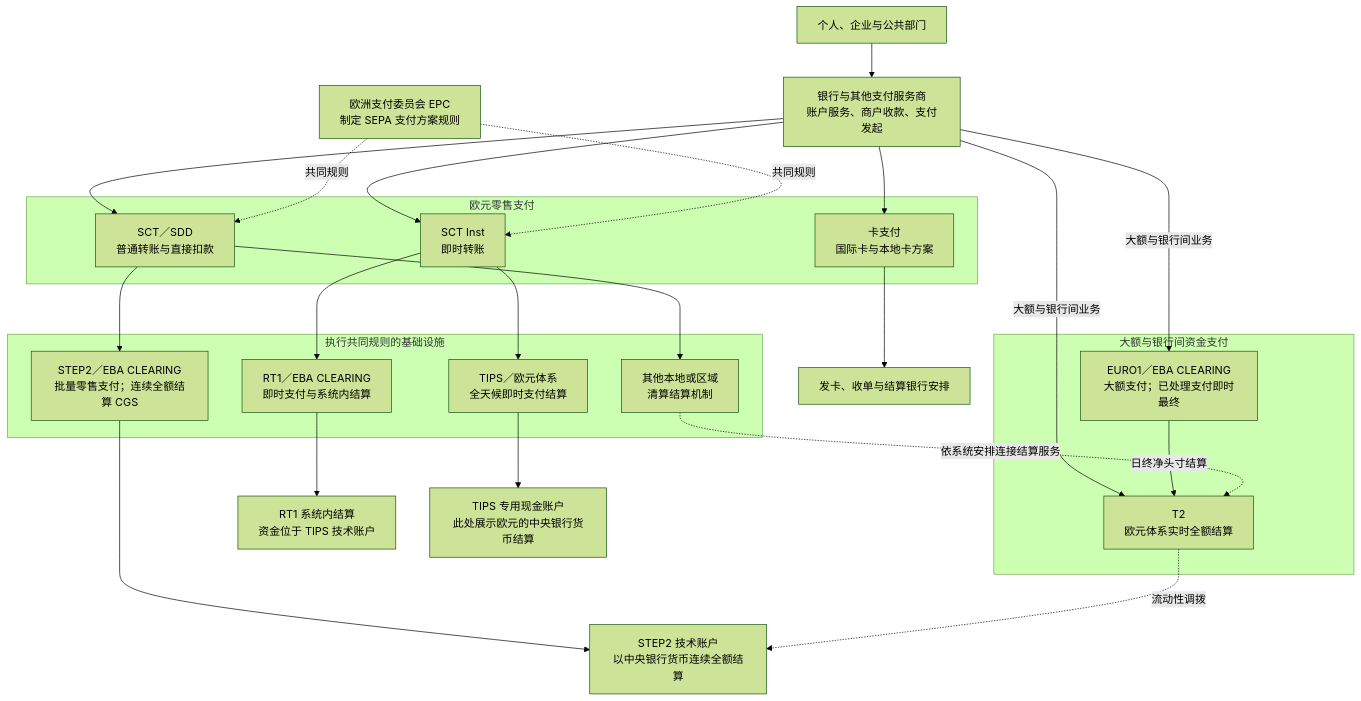
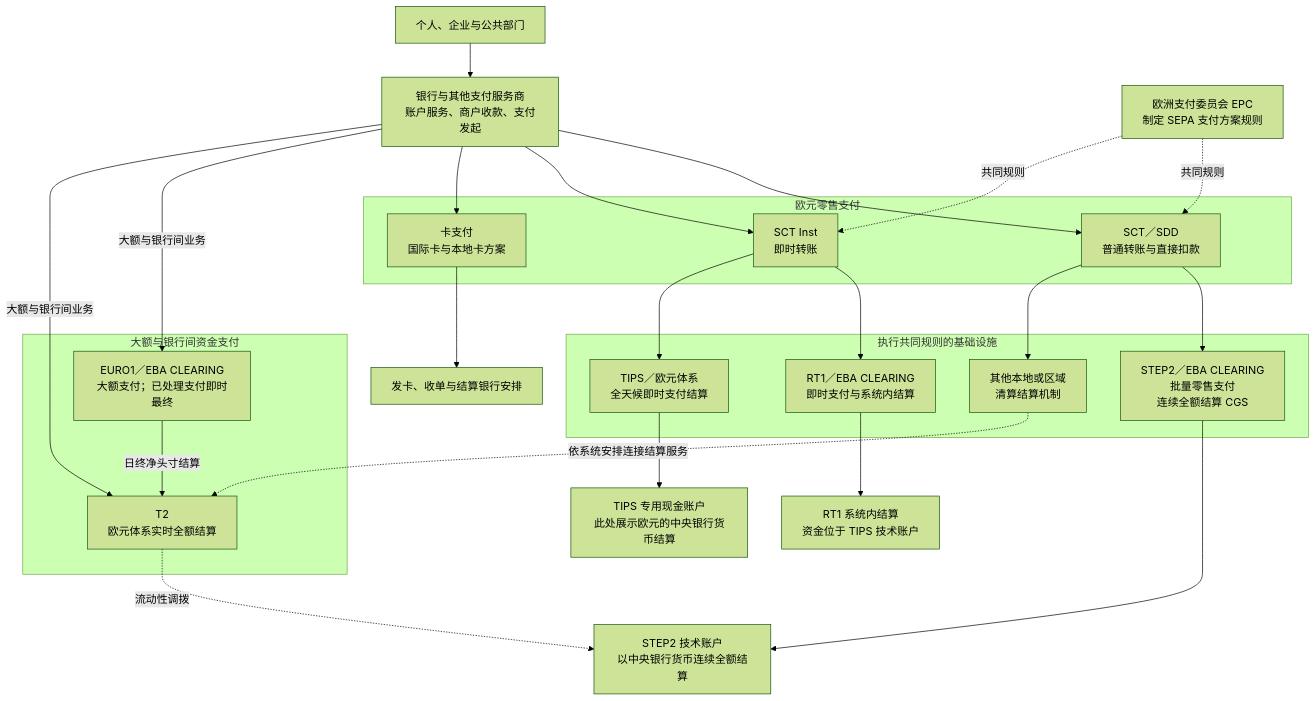
One commit to WCY-dt/blog changed diagram 11 of 29 in _posts/2026-09-05-交易模型.md. Above: the diagram before and after it, drawn with Mermaid (forest theme). The commit also changed other lines of this file, not shown here.

````diff
--- a/_posts/2026-09-05-交易模型.md
+++ b/_posts/2026-09-05-交易模型.md
@@ -912,49 +1017,49 @@
 ```mermaid
 flowchart TB
     U["个人、企业与公共部门"]
     PSP["银行与其他支付服务商<br/>账户服务、商户收款、支付发起"]
     U --> PSP
 
     EPC["欧洲支付委员会 EPC<br/>制定 SEPA 支付方案规则"]
 
     subgraph RETAIL["欧元零售支付"]
-        CARD["卡支付<br/>国际卡与本地卡方案"]
         SCT["SCT／SDD<br/>普通转账与直接扣款"]
         INST["SCT Inst<br/>即时转账"]
+        CARD["卡支付<br/>国际卡与本地卡方案"]
     end
 
-    PSP --> CARD & SCT & INST
+    PSP --> SCT & INST & CARD
     EPC -. "共同规则" .-> SCT
     EPC -. "共同规则" .-> INST
 
     subgraph EXECUTE["执行共同规则的基础设施"]
-        STEP["STEP2／EBA CLEARING<br/>批量零售支付；连续全额结算 CGS"]
+        STEP["STEP2／EBA CLEARING<br/>批量零售支付<br/>连续全额结算 CGS"]
         LOCAL["其他本地或区域<br/>清算结算机制"]
         RT1["RT1／EBA CLEARING<br/>即时支付与系统内结算"]
         TIPS["TIPS／欧元体系<br/>全天候即时支付结算"]
     end
 
     SCT --> STEP & LOCAL
     INST --> RT1 & TIPS
 
     subgraph WHOLESALE["大额与银行间资金支付"]
         EURO1["EURO1／EBA CLEARING<br/>大额支付；已处理支付即时最终"]
         T2["T2<br/>欧元体系实时全额结算"]
     end
 
     PSP -->|"大额与银行间业务"| EURO1
     PSP -->|"大额与银行间业务"| T2
     EURO1 -->|"日终净头寸结算"| T2
     STEPSET["STEP2 技术账户<br/>以中央银行货币连续全额结算"]
     STEP --> STEPSET
     T2 -. "流动性调拨" .-> STEPSET
     LOCAL -. "依系统安排连接结算服务" .-> T2
 
     CARDSET["发卡、收单与结算银行安排"]
     RTSET["RT1 系统内结算<br/>资金位于 TIPS 技术账户"]
     TIPSET["TIPS 专用现金账户<br/>此处展示欧元的中央银行货币结算"]
 
-    CARD --> CARDSET
     RT1 --> RTSET
     TIPS --> TIPSET
+    CARD --> CARDSET
 ```
````
